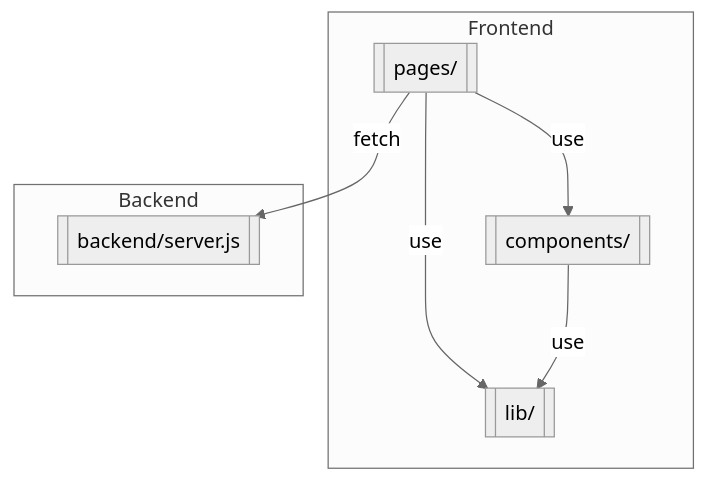
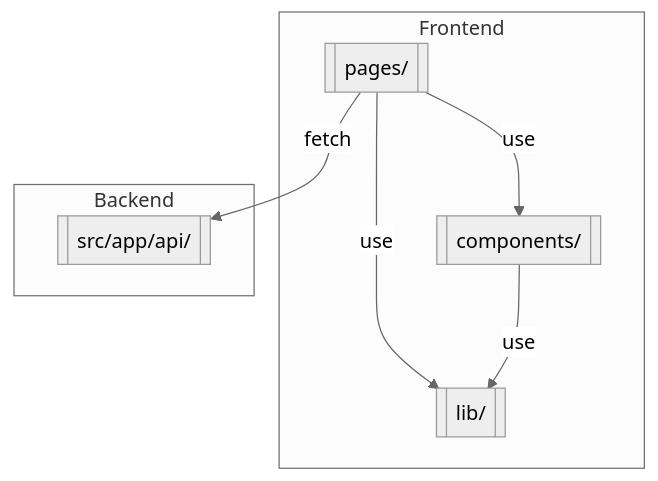
Before and after one commit to dasaep/agentic-ai-commerce: the diagram in README.md, drawn with Mermaid (neutral theme). The commit also changed other lines of this file and 1 other file, not shown here.

Commit message:
docs: update diagrams for nextjs api routes

````diff
--- a/README.md
+++ b/README.md
@@ -13,15 +13,15 @@
 ```mermaid
 graph TD
     subgraph Frontend
         pages[[pages/]]
         components[[components/]]
         lib[[lib/]]
     end
     subgraph Backend
-        backend[[backend/server.js]]
+        api[[src/app/api/]]
     end
     pages -- use --> components
     pages -- use --> lib
     components -- use --> lib
-    pages -- fetch --> backend
+    pages -- fetch --> api
 ```
````
